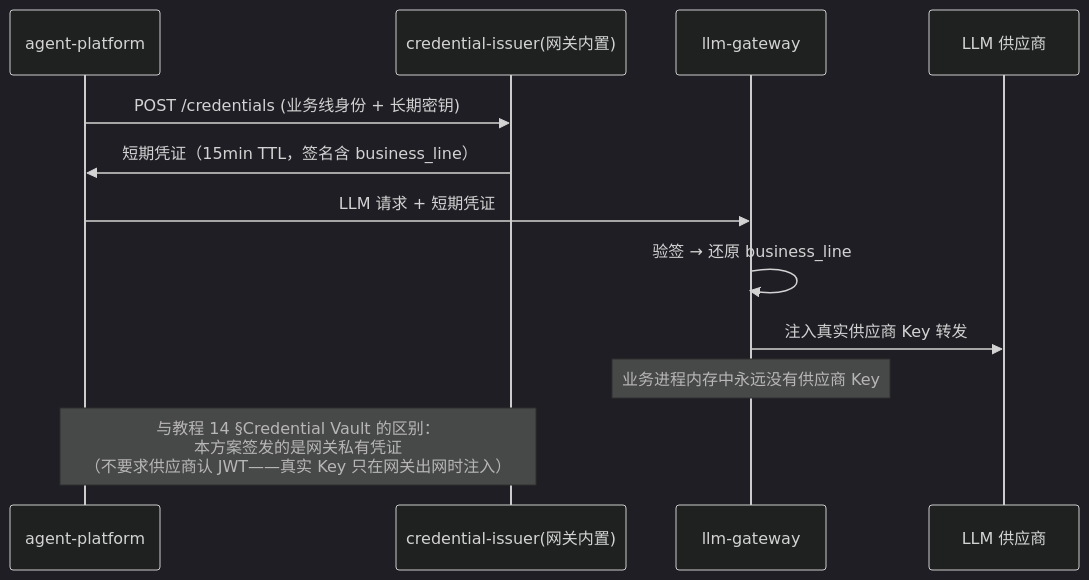
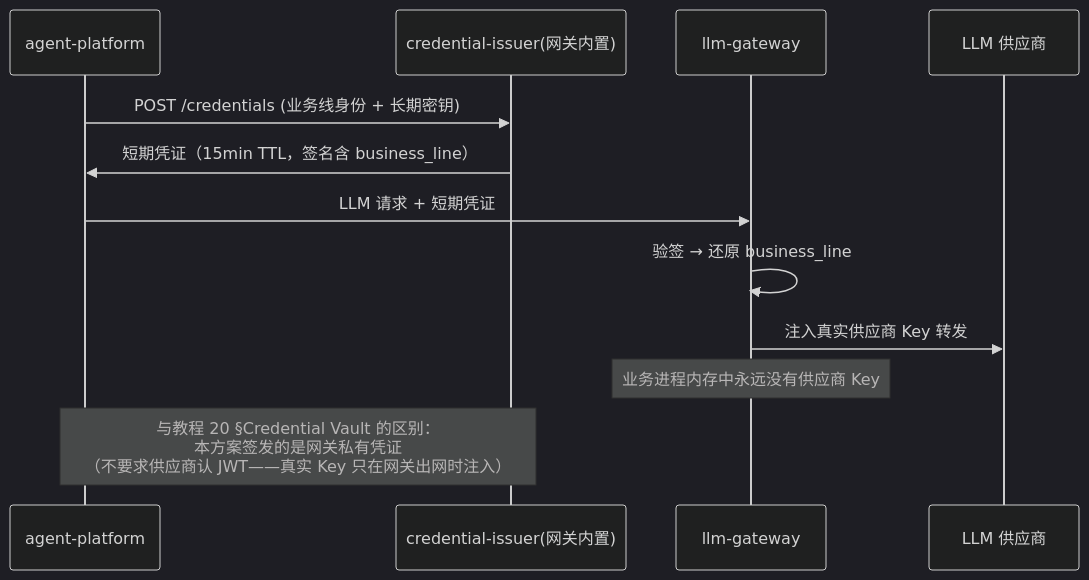
One commit to UranusGit/java-agent-learn changed the second of 2 diagrams in docs/项目/05-企业级Agent中台/02-迭代一-LLM网关独立.md. Above: the diagram before and after it, drawn with Mermaid (dark theme). The commit also changed other lines of this file and 244 other files, not shown here.

````diff
--- a/docs/项目/05-企业级Agent中台/02-迭代一-LLM网关独立.md
+++ b/docs/项目/05-企业级Agent中台/02-迭代一-LLM网关独立.md
@@ -537,16 +539,16 @@
 ```mermaid
 sequenceDiagram
     participant Biz as agent-platform
     participant Auth as credential-issuer(网关内置)
     participant GW as llm-gateway
     participant Sup as LLM 供应商
 
     Biz->>Auth: POST /credentials (业务线身份 + 长期密钥)
     Auth->>Biz: 短期凭证（15min TTL，签名含 business_line）
     Biz->>GW: LLM 请求 + 短期凭证
     GW->>GW: 验签 → 还原 business_line
     GW->>Sup: 注入真实供应商 Key 转发
     Note over GW: 业务进程内存中永远没有供应商 Key
 
-    Note over Biz,Auth: 与教程 14 §Credential Vault 的区别：<br/>本方案签发的是网关私有凭证<br/>（不要求供应商认 JWT——真实 Key 只在网关出网时注入）
+    Note over Biz,Auth: 与教程 20 §Credential Vault 的区别：<br/>本方案签发的是网关私有凭证<br/>（不要求供应商认 JWT——真实 Key 只在网关出网时注入）
 ```
````
